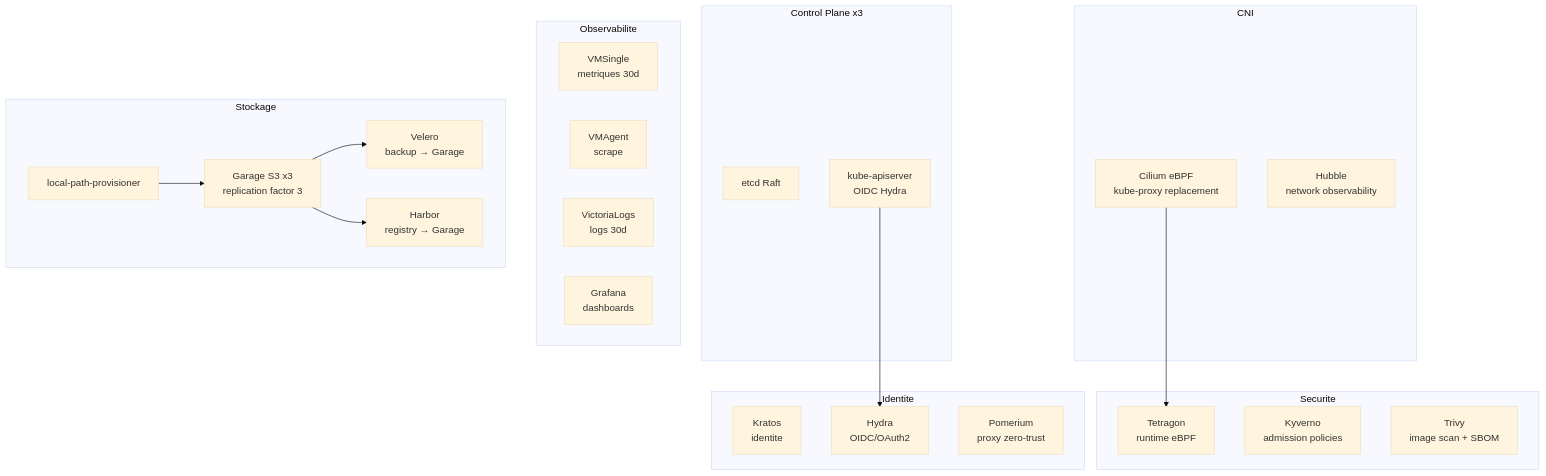
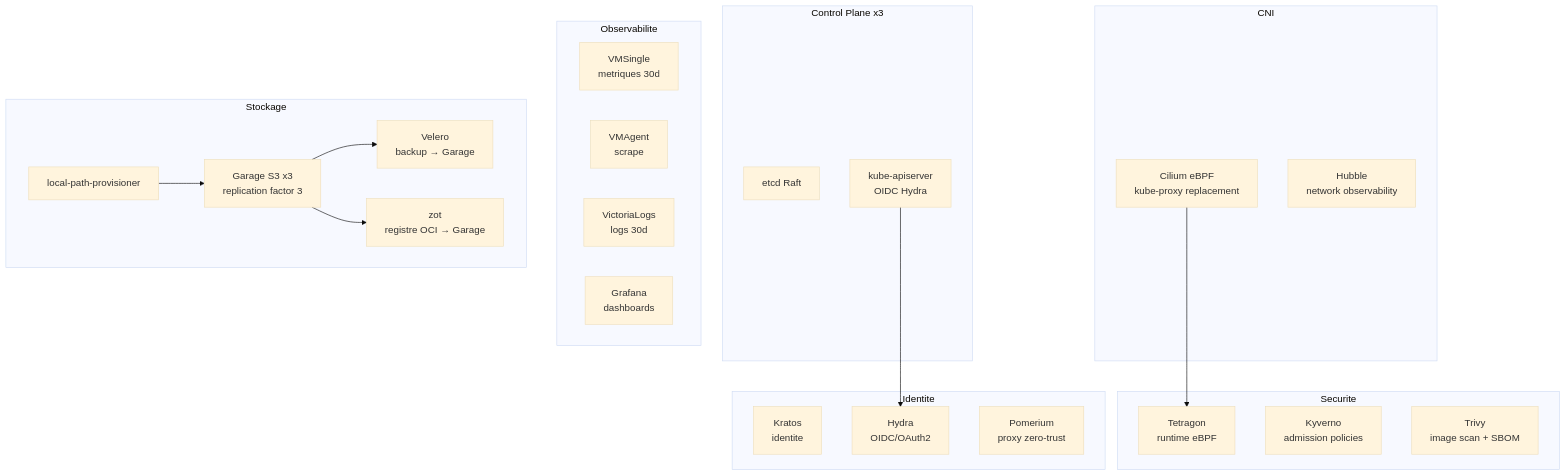
One commit to Destynova2/st4ck changed the seventh of 8 diagrams in docs/explanation/architecture.md. Above: the diagram before and after it, drawn with Mermaid (base theme). The commit also changed other lines of this file and 27 other files, not shown here.

First line of the commit message:
feat(storage): zot replaces Harbor everywhere (ADR-039)

````diff
--- a/docs/explanation/architecture.md
+++ b/docs/explanation/architecture.md
@@ -174,44 +174,44 @@
 ```mermaid
 graph TB
     subgraph "Control Plane x3"
         ETCD[etcd Raft]
         API[kube-apiserver<br/>OIDC Hydra]
     end
 
     subgraph "CNI"
         CIL[Cilium eBPF<br/>kube-proxy replacement]
         HUB[Hubble<br/>network observability]
     end
 
     subgraph "Securite"
         TET[Tetragon<br/>runtime eBPF]
         KYV[Kyverno<br/>admission policies]
         TRV[Trivy<br/>image scan + SBOM]
     end
 
     subgraph "Observabilite"
         VM[VMSingle<br/>metriques 30d]
         VMA[VMAgent<br/>scrape]
         VL[VictoriaLogs<br/>logs 30d]
         GF[Grafana<br/>dashboards]
     end
 
     subgraph "Stockage"
         LP[local-path-provisioner]
         GAR[Garage S3 x3<br/>replication factor 3]
         VEL[Velero<br/>backup → Garage]
-        HAR[Harbor<br/>registry → Garage]
+        HAR[zot<br/>registre OCI → Garage]
     end
 
     subgraph "Identite"
         KRA[Kratos<br/>identite]
         HYD[Hydra<br/>OIDC/OAuth2]
         POM[Pomerium<br/>proxy zero-trust]
     end
 
     CIL --> TET
     LP --> GAR
     GAR --> VEL
     GAR --> HAR
     API --> HYD
 ```
````
